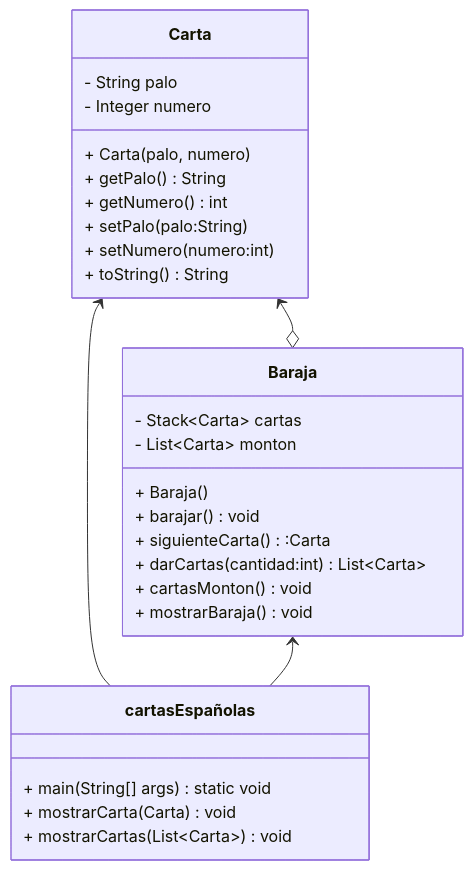
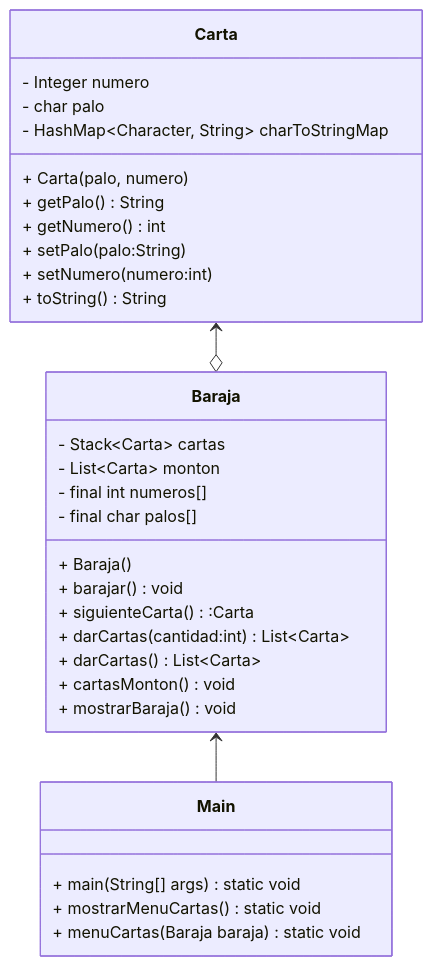
Before and after one commit to HollmannCod3/Actividad-aulica-1: the diagram in uml-class-diagram.md, drawn with Mermaid. The commit also changed 2 other files, not shown here.

Commit message:
Actualiza uml y quita codigo no utilizado

````diff
--- a/uml-class-diagram.md
+++ b/uml-class-diagram.md
@@ -1,37 +1,39 @@
 ```mermaid
 classDiagram
     class Carta{
-        - String palo
         - Integer numero
+        - char palo
+        - HashMap~Character, String~ charToStringMap
         + Carta(palo, numero)
         + getPalo() String
         + getNumero() int
         + setPalo(palo:String)
         + setNumero(numero:int)
         + toString()String
     }
 
     class Baraja {
         - Stack~Carta~ cartas
         - List~Carta~ monton
+        - final int numeros[]
+        - final char palos[]
         + Baraja()
         + barajar() void
         + siguienteCarta():Carta
         + darCartas(cantidad:int) List~Carta~
+        + darCartas() List~Carta~
         + cartasMonton() void
         + mostrarBaraja() void
 
     }
     Carta <--o Baraja
-    Carta <-- cartasEspañolas
-    Baraja <-- cartasEspañolas
+    Baraja <-- Main
 
 
 
-    class cartasEspañolas{
+    class Main{
         + main(String[] args) static void
-
-        + mostrarCarta(Carta) void
-        + mostrarCartas(List~Carta~) void
+        + mostrarMenuCartas() static void
+        + menuCartas(Baraja baraja) static void
     }
 ```
````
